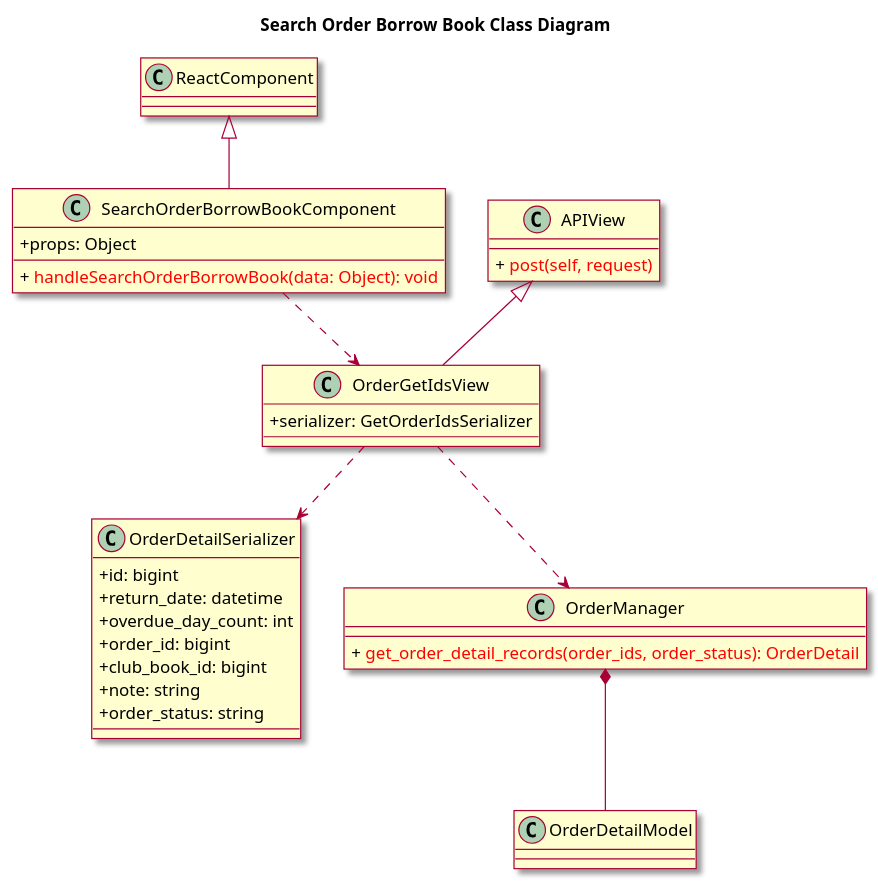
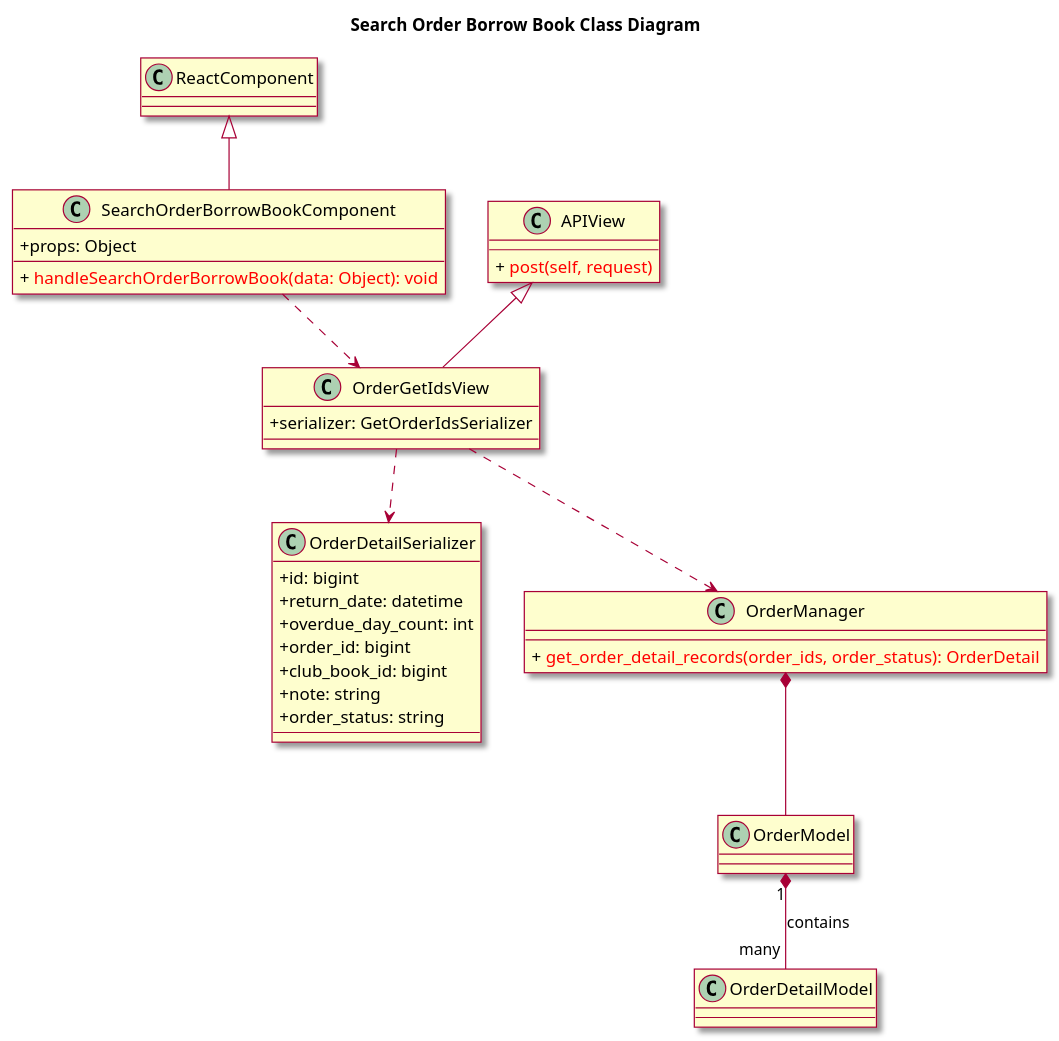
Before and after one commit to ljttl3q04t/Book-Over-There: the diagram in uml/019-class-search-order-borrow-book.wsd, drawn with PlantUML. The commit also changed 2 other files, not shown here.

```diff
--- a/uml/019-class-search-order-borrow-book.wsd
+++ b/uml/019-class-search-order-borrow-book.wsd
@@ -1,42 +1,47 @@
 @startuml
 skin rose
 skinparam classAttributeIconSize 0
 
 title Search Order Borrow Book Class Diagram
 class ReactComponent
 
 class SearchOrderBorrowBookComponent {
 	+ props: Object
 	+ {method} <color:red> handleSearchOrderBorrowBook(data: Object): void
 }
 
 class OrderGetIdsView {
 	+ serializer: GetOrderIdsSerializer
 }
 
 class APIView {
 	+ {method} <color:red> post(self, request)
 }
 class OrderDetailSerializer {
 	+ id: bigint
     + return_date: datetime
     + overdue_day_count: int
 	+ order_id: bigint
 	+ club_book_id: bigint
 	+ note: string
 	+ order_status: string
 	
 }
 class OrderManager{
     + {method} <color:red> get_order_detail_records(order_ids, order_status): OrderDetail
 }
 class OrderDetailModel{
 
 }
+class OrderModel{
+
+}
 ReactComponent <|-- SearchOrderBorrowBookComponent
 APIView <|-- OrderGetIdsView
 SearchOrderBorrowBookComponent ..> OrderGetIdsView
 OrderGetIdsView ..> OrderDetailSerializer
 OrderGetIdsView ..> OrderManager
-OrderManager *-- OrderDetailModel
+OrderManager *-- OrderModel
+ 
+OrderModel "1" *-- "many" OrderDetailModel : contains
 @enduml
```
